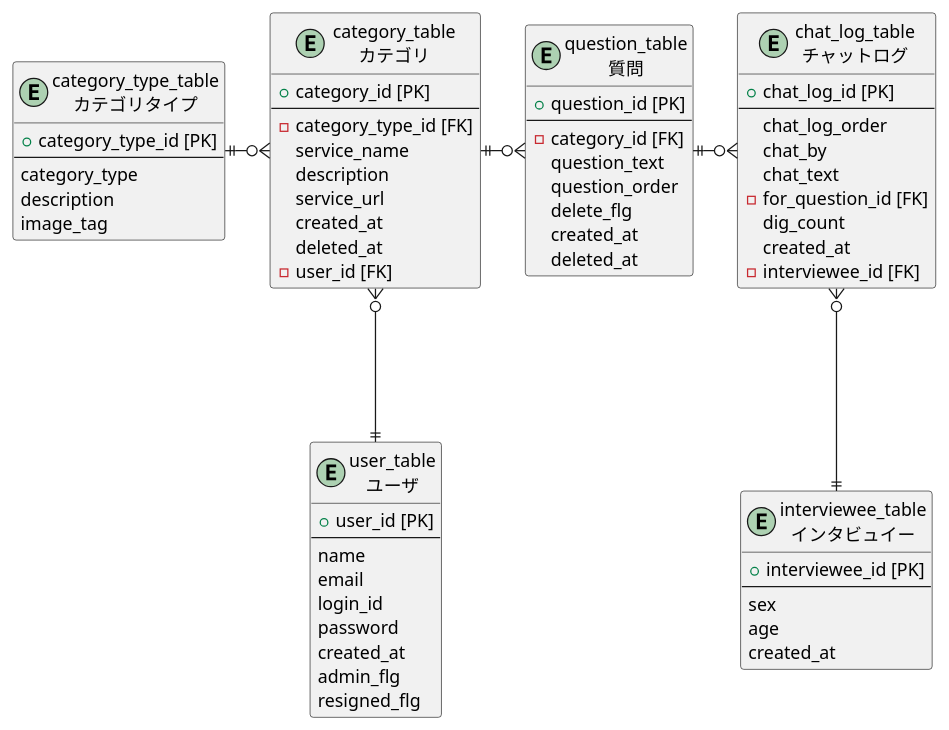
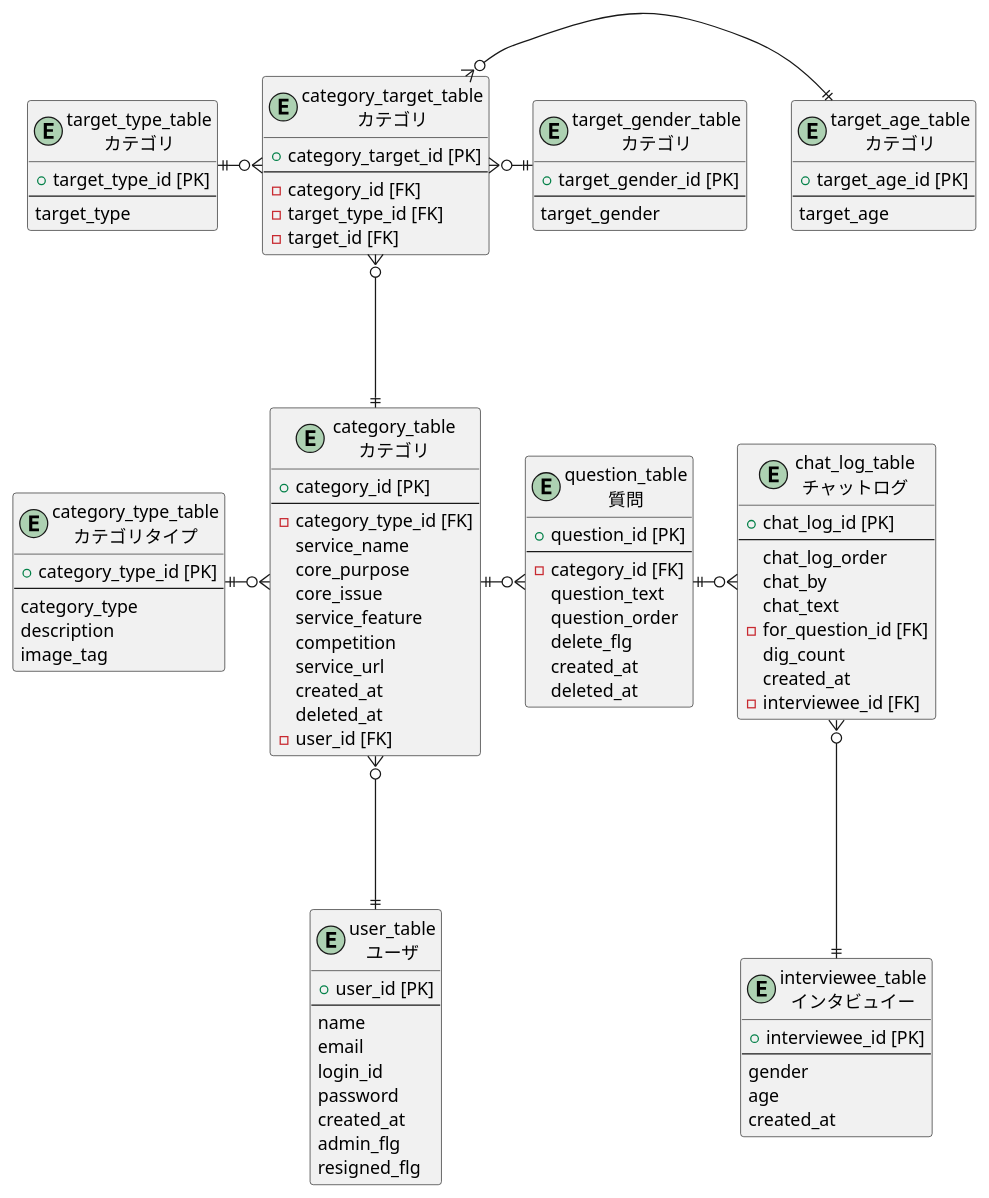
Before and after one commit to SuperMisoSoup/interviewtool_v1: the diagram in md/interviewtool_DB.pu, drawn with PlantUML. The commit also changed 14 other files, not shown here.

```diff
--- a/md/interviewtool_DB.pu
+++ b/md/interviewtool_DB.pu
@@ -1,83 +1,115 @@
 @startuml tables
 entity user_table as "user_table\nユーザ" {
   + user_id [PK]
   --
   name
   email
   login_id
   password
   created_at
   admin_flg
   resigned_flg
 }
 
 entity interviewee_table as "interviewee_table\nインタビュイー" {
   + interviewee_id [PK]
   --
-  sex
+  gender
   age
   created_at
 }
 
 entity category_table as "category_table\nカテゴリ" {
   + category_id [PK]
   --
   - category_type_id [FK]
   service_name
-  description
+  core_purpose
+  core_issue
+  service_feature
+  competition
   service_url
   created_at
   deleted_at
   - user_id [FK]
 }
 
 entity category_type_table as "category_type_table\nカテゴリタイプ" {
   + category_type_id [PK]
   --
   category_type
   description
   image_tag
+}
+
+entity target_type_table as "target_type_table\nカテゴリ" {
+  + target_type_id [PK]
+  --
+  target_type
+}
+
+entity target_age_table as "target_age_table\nカテゴリ" {
+  + target_age_id [PK]
+  --
+  target_age
+}
+
+entity target_gender_table as "target_gender_table\nカテゴリ" {
+  + target_gender_id [PK]
+  --
+  target_gender
+}
+
+entity category_target_table as "category_target_table\nカテゴリ" {
+  + category_target_id [PK]
+  --
+  - category_id [FK]
+  - target_type_id [FK]
+  - target_id [FK]
 }
 
 entity question_table as "question_table\n質問" {
   + question_id [PK]
   --
   - category_id [FK]
   question_text
   question_order
   delete_flg
   created_at
   deleted_at
 }
 
 
 ' entity scenario_table as "scenario_table\nシナリオ管理" {
 '   + scenario_id [PK]
 '   --
 '   ' - category_id [FK]
 '   distributed_url
 '   created_at
 '   updated_at
 ' }
 
 entity chat_log_table as "chat_log_table\nチャットログ" {
   + chat_log_id [PK]
   --
   ' - scenario_id [FK]
   chat_log_order
   chat_by
   chat_text
   - for_question_id [FK]
   dig_count
   created_at
   - interviewee_id [FK]
 }
 
 user_table ||-u--o{ category_table
 category_type_table ||-r--o{ category_table
-' scenario_table ||-l--o{ question_table
+target_type_table ||-r--o{ category_target_table
+category_table ||-u--o{ category_target_table
+target_age_table ||-l--o{ category_target_table
+target_gender_table ||-l--o{ category_target_table
 category_table ||-r--o{ question_table
 interviewee_table ||-u--o{ chat_log_table
 question_table ||-r--o{ chat_log_table
 
 @enduml
```
